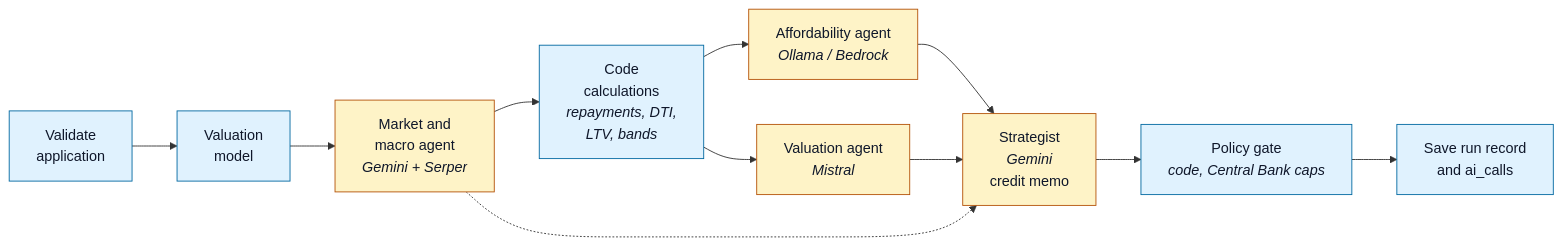
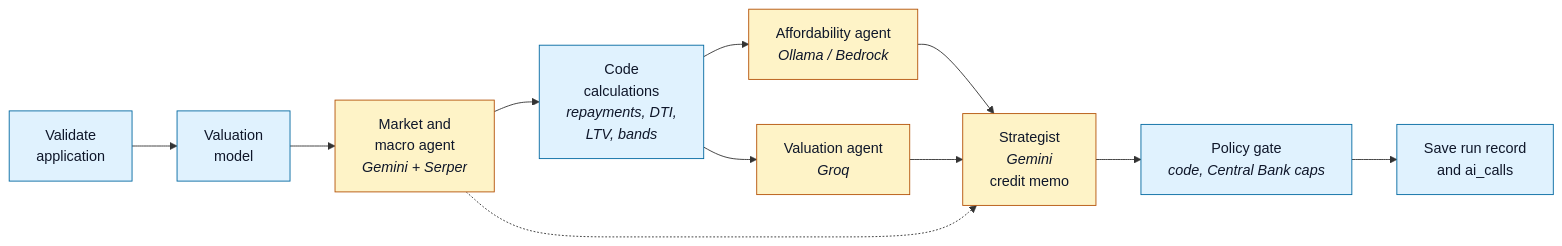
One commit to CS3-Agentic-Lender/agentic-lender changed the diagram in docs/diagrams/05-committee-pipeline.mmd. Above: the diagram before and after it, drawn with Mermaid. The commit also changed 12 other files, not shown here.

```diff
--- a/docs/diagrams/05-committee-pipeline.mmd
+++ b/docs/diagrams/05-committee-pipeline.mmd
@@ -1,17 +1,17 @@
 flowchart LR
   A["Validate<br/>application"] --> B["Valuation<br/>model"]
   B --> C["Market and<br/>macro agent<br/><i>Gemini + Serper</i>"]
   C --> D["Code<br/>calculations<br/><i>repayments, DTI,<br/>LTV, bands</i>"]
   D --> E1["Affordability agent<br/><i>Ollama / Bedrock</i>"]
-  D --> E2["Valuation agent<br/><i>Mistral</i>"]
+  D --> E2["Valuation agent<br/><i>Groq</i>"]
   E1 --> F["Strategist<br/><i>Gemini</i><br/>credit memo"]
   E2 --> F
   C -.-> F
   F --> G["Policy gate<br/><i>code, Central Bank caps</i>"]
   G --> H["Save run record<br/>and ai_calls"]
 
   classDef code fill:#E0F2FE,stroke:#0369A1,color:#0F172A
   classDef llm fill:#FEF3C7,stroke:#B45309,color:#0F172A
   classDef plain fill:#F1F5F9,stroke:#475569,color:#0F172A
   class A,B,D,G,H code
   class C,E1,E2,F llm
```
